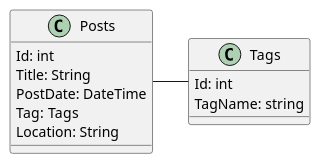
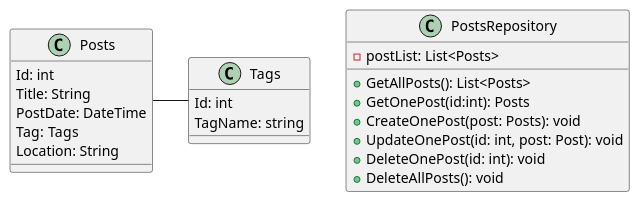
Before and after one commit to zcomert/yazilim-gereksinimi-ve-modelleme: the diagram in InstagramApp/Models/ModelUML.puml, drawn with PlantUML. The commit also changed 1 other file, not shown here.

Commit message:
InstagramApp PostRepository added!

```diff
--- a/InstagramApp/Models/ModelUML.puml
+++ b/InstagramApp/Models/ModelUML.puml
@@ -1,16 +1,26 @@
 @startuml Models
 class Posts{
     Id: int
     Title: String
     PostDate: DateTime
     Tag: Tags
     Location: String
 }
 
 class Tags{
     Id: int
     TagName: string
 }
 
+class PostsRepository{
+    - postList: List<Posts>
+    + GetAllPosts(): List<Posts>
+    + GetOnePost(id:int): Posts
+    + CreateOnePost(post: Posts): void
+    + UpdateOnePost(id: int, post: Post): void
+    + DeleteOnePost(id: int): void
+    + DeleteAllPosts(): void
+}
+
 Posts - Tags
 @enduml
```
